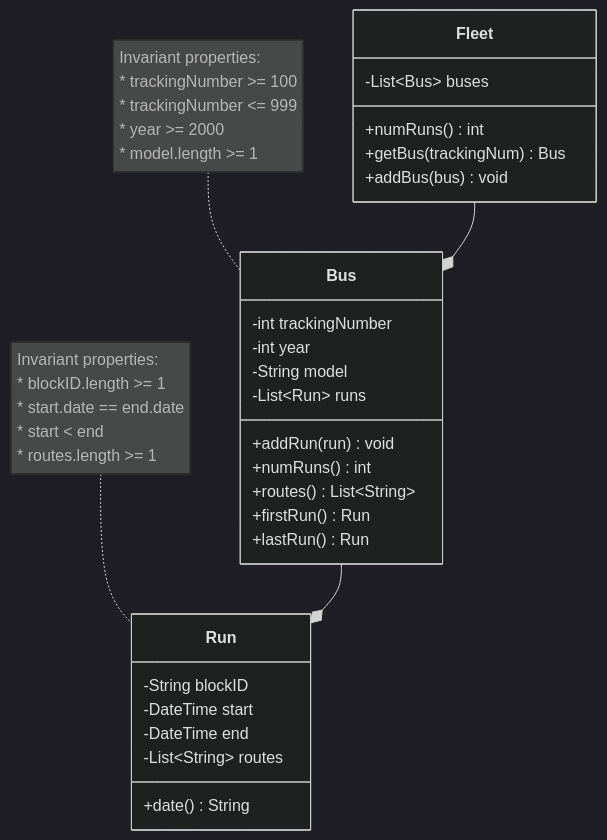
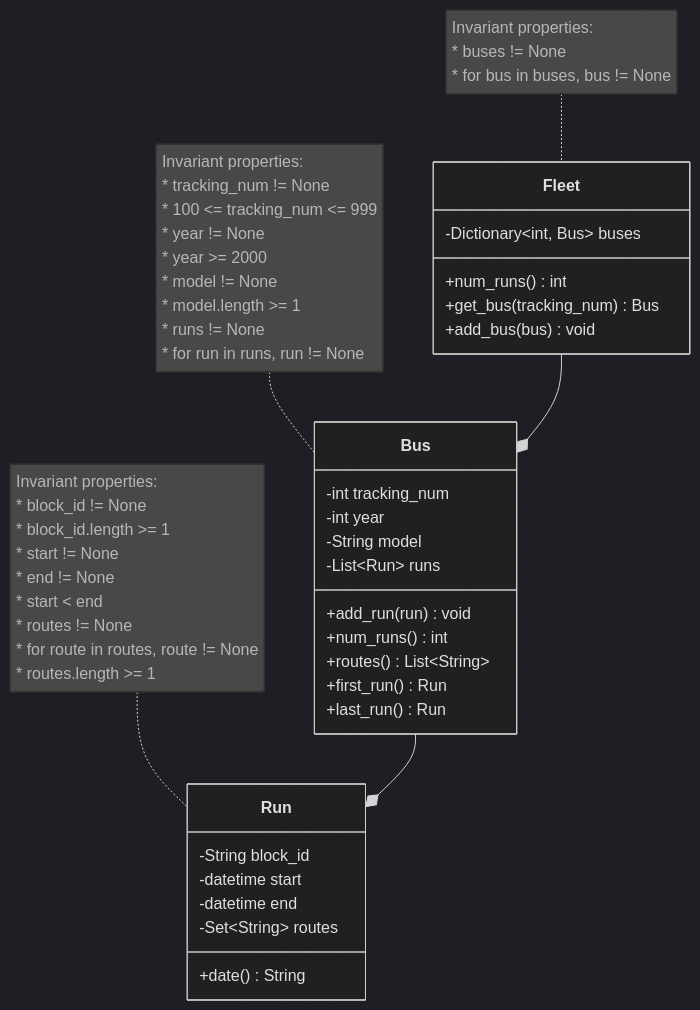
One commit to Michel-Prejet/zeb-tracker changed the diagram in domain.md. Above: the diagram before and after it, drawn with Mermaid (dark theme). The commit also changed 9 other files, not shown here.

````diff
--- a/domain.md
+++ b/domain.md
@@ -5,50 +5,63 @@
 ```mermaid
 classDiagram
     class Fleet {
-        -List~Bus~ buses
+        -Dictionary~int, Bus~ buses
         
-        +numRuns() int
-        +getBus(trackingNum) Bus
-        +addBus(bus) void
+        +num_runs() int
+        +get_bus(tracking_num) Bus
+        +add_bus(bus) void
     }
+    
+    note for Fleet"Invariant properties:
+    * buses != None
+    * for bus in buses, bus != None
+    "
     
     Fleet --* Bus
     
     class Bus {
-        -int trackingNumber
+        -int tracking_num
         -int year
         -String model
         -List~Run~ runs
         
-        +addRun(run) void
-        +numRuns() int
+        +add_run(run) void
+        +num_runs() int
         +routes() List~String~
-        +firstRun() Run
-        +lastRun() Run
+        +first_run() Run
+        +last_run() Run
     }
 
     note for Bus "Invariant properties:
-    * trackingNumber >= 100
-    * trackingNumber <= 999
+    * tracking_num != None
+    * 100 <= tracking_num <= 999
+    * year != None
     * year >= 2000
+    * model != None
     * model.length >= 1
+    * runs != None
+    * for run in runs, run != None
     "
     
     Bus --* Run
     
     class Run {
-        -String blockID
-        -DateTime start
-        -DateTime end
-        -List~String~ routes
+        -String block_id
+        -datetime start
+        -datetime end
+        -Set~String~ routes
         
         +date() String
     }
     
     note for Run"Invariant properties:
-    * blockID.length >= 1
-    * start.date == end.date
+    * block_id != None
+    * block_id.length >= 1
+    * start != None
+    * end != None
     * start < end
+    * routes != None
+    * for route in routes, route != None
     * routes.length >= 1
     "
 ```
````
